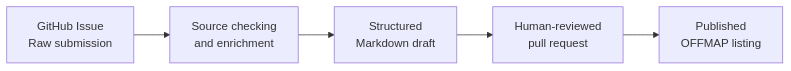
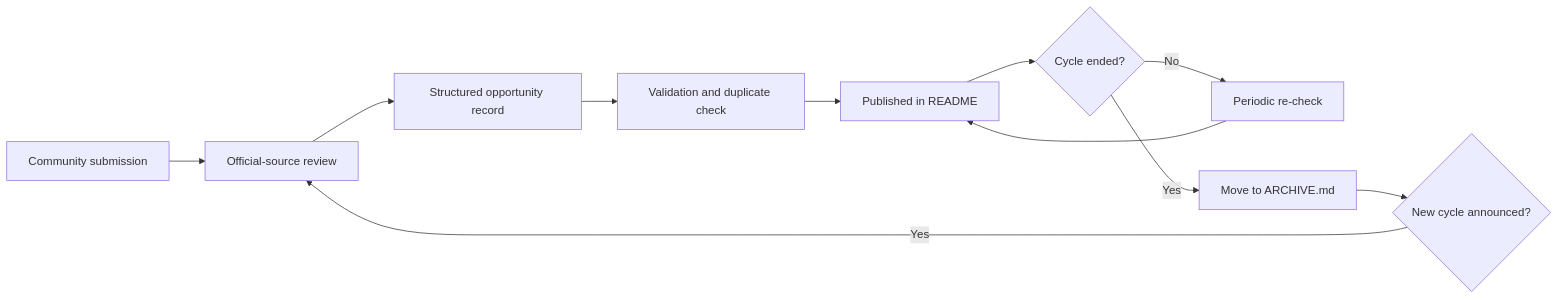
One commit to elchrysaki/enchanted-map changed the diagram in README.md. Above: the diagram before and after it, drawn with Mermaid. The commit also changed other lines of this file, not shown here.

````diff
--- a/README.md
+++ b/README.md
@@ -160,7 +410,13 @@
 ```mermaid
 flowchart LR
-    A[GitHub Issue<br>Raw submission] --> B[Source checking<br>and enrichment]
-    B --> C[Structured<br>Markdown draft]
-    C --> D[Human-reviewed<br>pull request]
-    D --> E[Published<br>OFFMAP listing]
+    A[Community submission] --> B[Official-source review]
+    B --> C[Structured opportunity record]
+    C --> D[Validation and duplicate check]
+    D --> E[Published in README]
+    E --> F{Cycle ended?}
+    F -- No --> G[Periodic re-check]
+    G --> E
+    F -- Yes --> H[Move to ARCHIVE.md]
+    H --> I{New cycle announced?}
+    I -- Yes --> B
 ```
````
